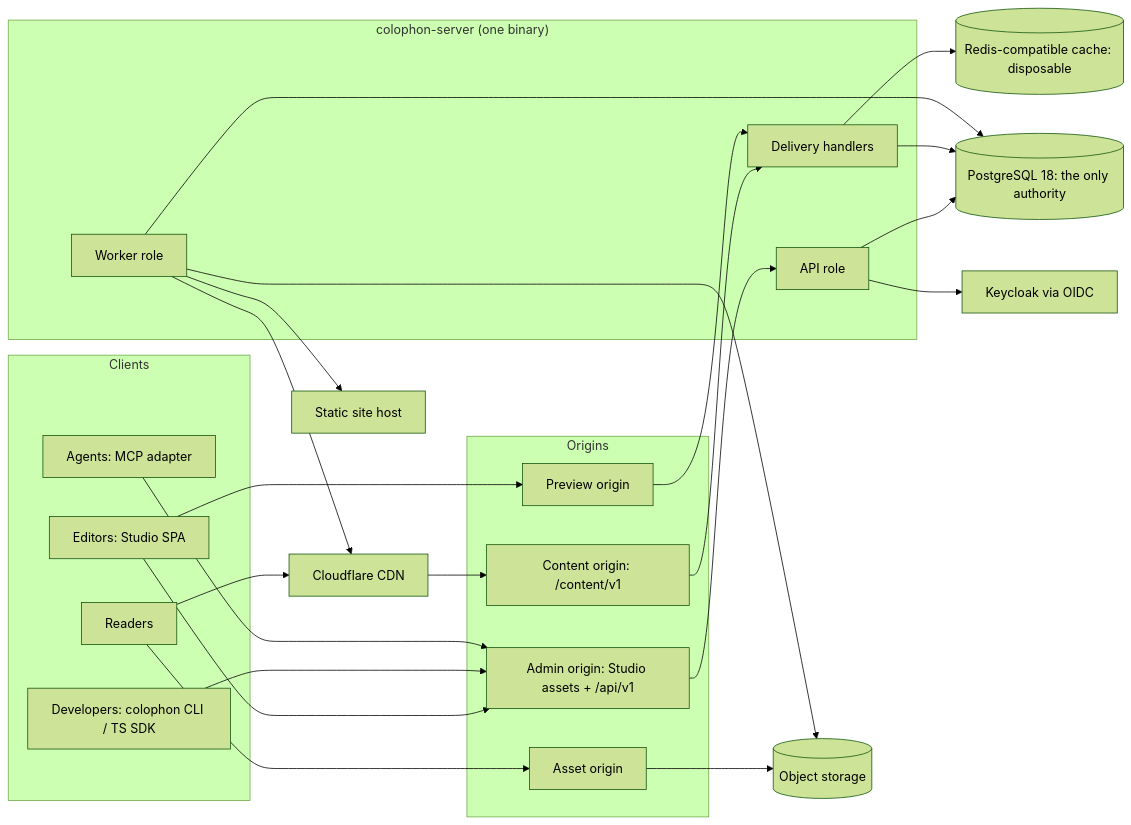
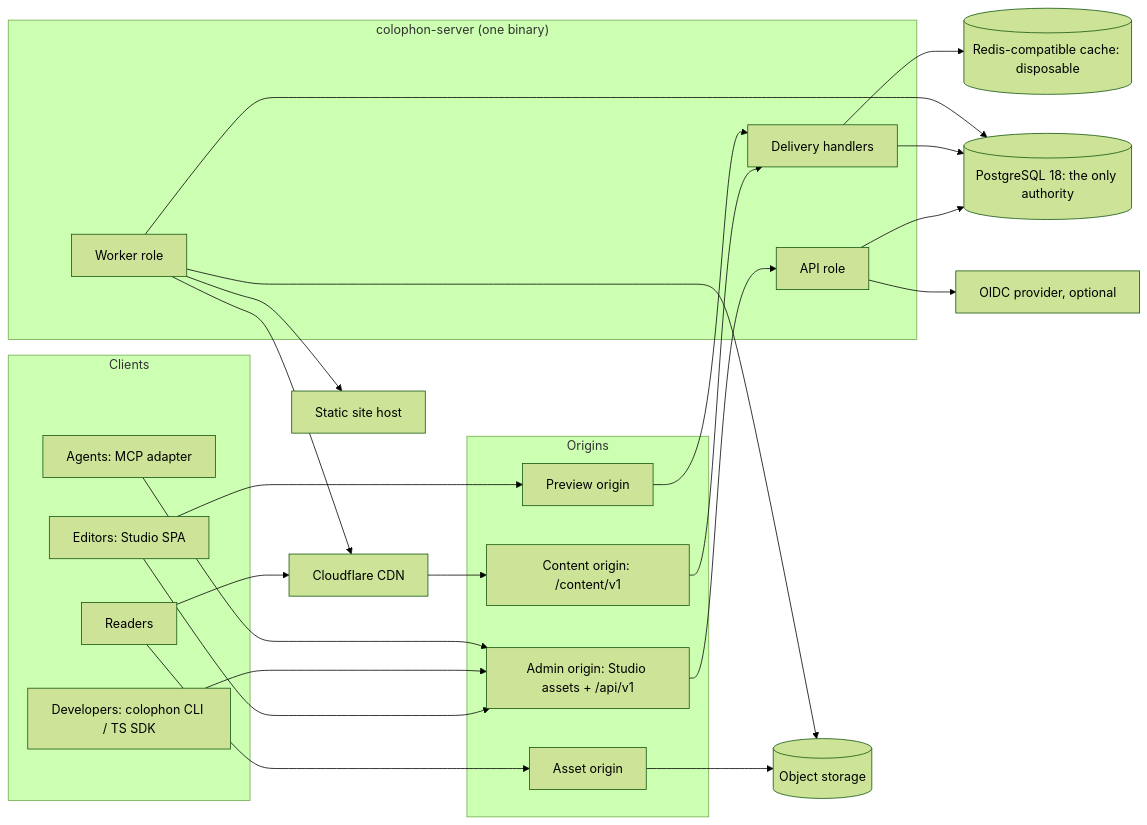
Before and after one commit to akira-shirase-oss/colophon-cms: the first of 10 diagrams in docs/SYSTEM_DESIGN.md, drawn with Mermaid (forest theme). The commit also changed other lines of this file and 99 other files, not shown here.

First line of the commit message:
Sign in without an identity provider: built-in password accounts, OIDC optional (D-146)

````diff
--- a/docs/SYSTEM_DESIGN.md
+++ b/docs/SYSTEM_DESIGN.md
@@ -55,44 +55,44 @@
 ```mermaid
 flowchart LR
   subgraph Clients
     E[Editors: Studio SPA]
     D[Developers: colophon CLI / TS SDK]
     A[Agents: MCP adapter]
     R[Readers]
   end
 
   subgraph Origins
     ADM["Admin origin: Studio assets + /api/v1"]
     PUB["Content origin: /content/v1"]
     AST[Asset origin]
     PRV[Preview origin]
   end
 
   subgraph Server["colophon-server (one binary)"]
     API[API role]
     DLV[Delivery handlers]
     WRK[Worker role]
   end
 
   PG[("PostgreSQL 18: the only authority")]
   RC[("Redis-compatible cache: disposable")]
   OS[("Object storage")]
-  IDP[Keycloak via OIDC]
+  IDP[OIDC provider, optional]
   CDN[Cloudflare CDN]
   SITE[Static site host]
 
   E --> ADM --> API
   D --> ADM
   A --> ADM
   R --> CDN --> PUB --> DLV
   R --> AST --> OS
   E --> PRV --> DLV
   API --> PG
   API --> IDP
   DLV --> RC
   DLV --> PG
   WRK --> PG
   WRK --> CDN
   WRK --> SITE
   WRK --> OS
 ```
````
